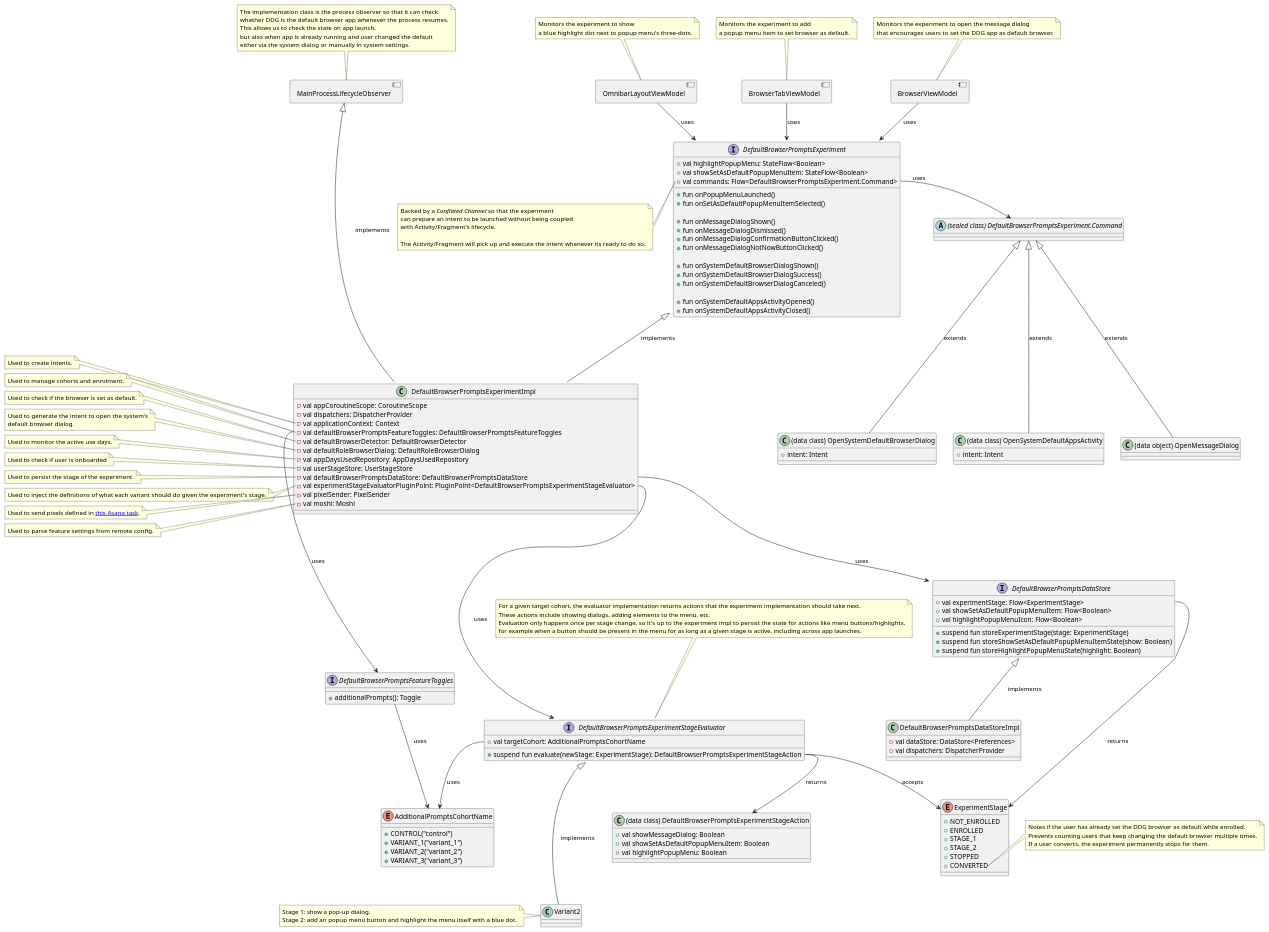
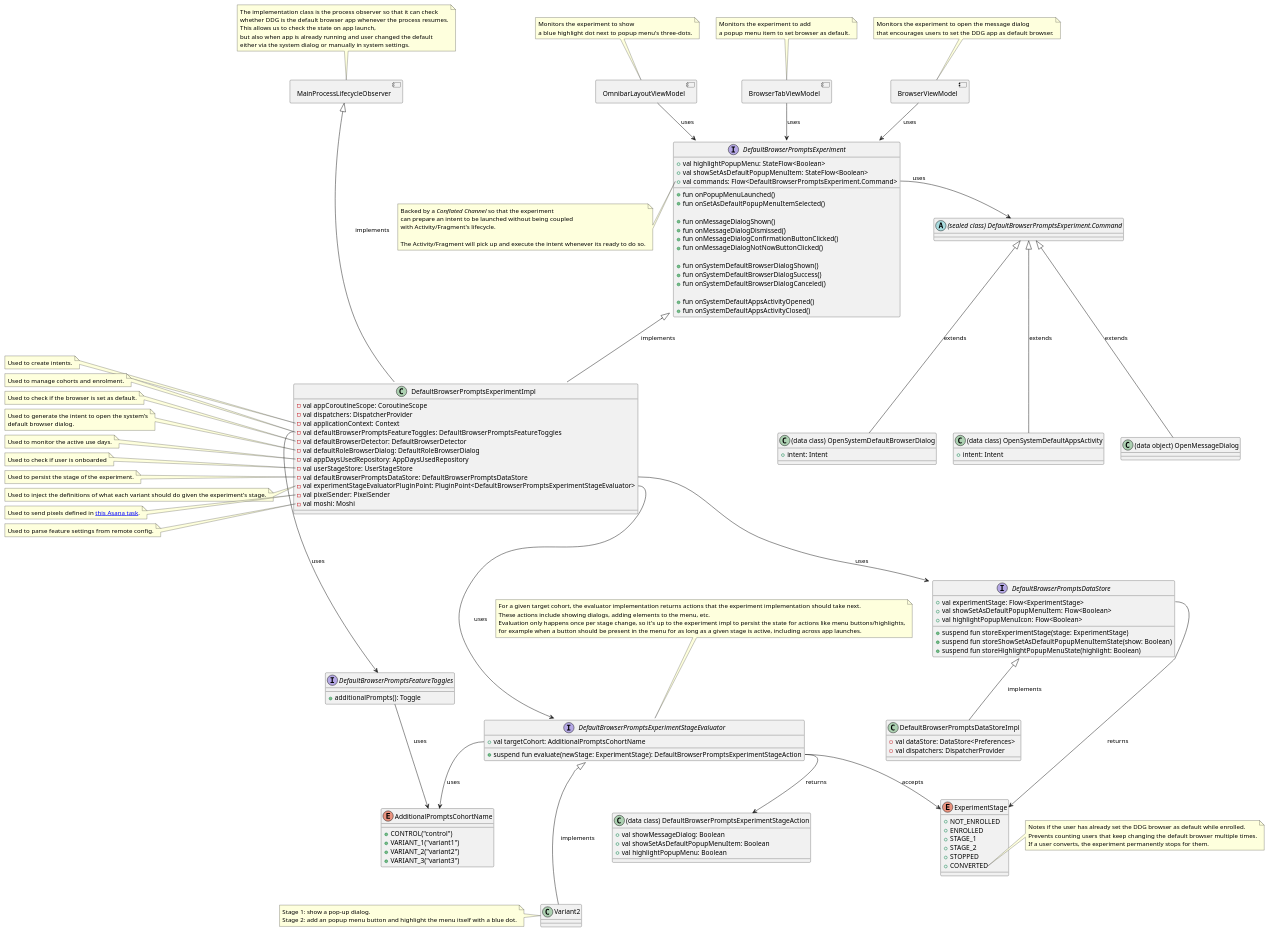
The diagram in app/src/main/java/com/duckduckgo/app/browser/defaultbrowsing/prompts/diagrams/default_browser_prompts_experiment_class_diagram.puml (duckduckgo/Android), drawn with PlantUML before and after one commit. The commit also changed 3 other files, not shown here.

Commit message:
Additional "default browser" prompts: refactored remote config parsing code to match expected schema

```diff
--- a/app/src/main/java/com/duckduckgo/app/browser/defaultbrowsing/prompts/diagrams/default_browser_prompts_experiment_class_diagram.puml
+++ b/app/src/main/java/com/duckduckgo/app/browser/defaultbrowsing/prompts/diagrams/default_browser_prompts_experiment_class_diagram.puml
@@ -59,9 +59,9 @@
 
 enum AdditionalPromptsCohortName {
   + CONTROL("control")
-  + VARIANT_1("variant_1")
-  + VARIANT_2("variant_2")
-  + VARIANT_3("variant_3")
+  + VARIANT_1("variant1")
+  + VARIANT_2("variant2")
+  + VARIANT_3("variant3")
 }
 
 interface DefaultBrowserPromptsFeatureToggles {
```
